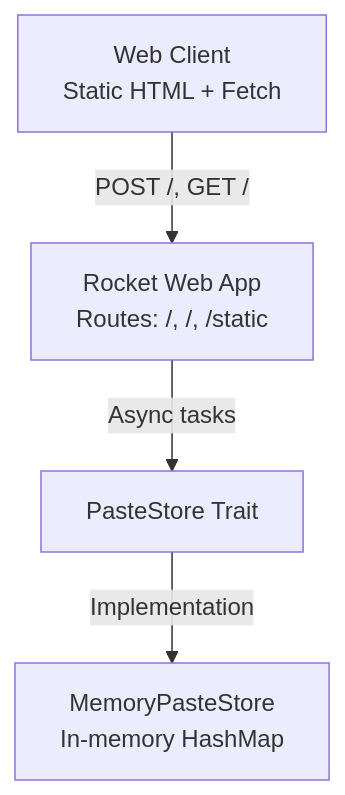
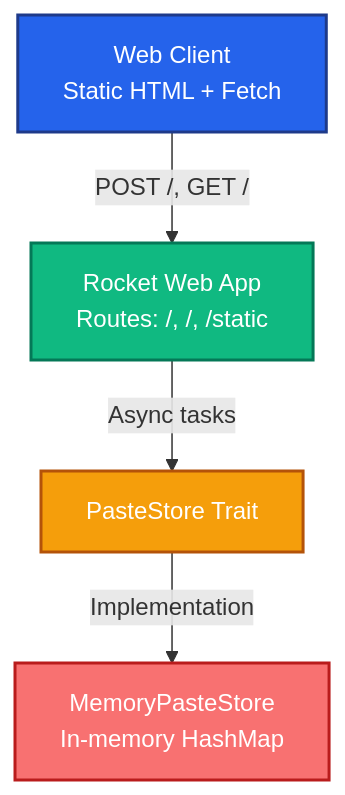
The diagram in README.md (qxlsz/copypaste.fyi), drawn with Mermaid before and after one commit.

Commit message:
cleaner mermaid

````diff
--- a/README.md
+++ b/README.md
@@ -25,11 +25,23 @@
 ```mermaid
 graph TD
+    classDef client fill:#2563eb,stroke:#1e3a8a,color:#fff;
+    classDef app fill:#10b981,stroke:#047857,color:#fff;
+    classDef trait fill:#f59e0b,stroke:#b45309,color:#fff;
+    classDef storage fill:#f87171,stroke:#b91c1c,color:#fff;
+    classDef link stroke-width:2px;
+
     A[Web Client\nStatic HTML + Fetch]
     B[Rocket Web App\nRoutes: /, /<id>, /static]
     C[PasteStore Trait]
     D[MemoryPasteStore\nIn-memory HashMap]
 
     A -->|POST /, GET /| B
     B -->|Async tasks| C
     C -->|Implementation| D
+
+    class A client;
+    class B app;
+    class C trait;
+    class D storage;
+    class A,B,C,D link;
 ```
````
